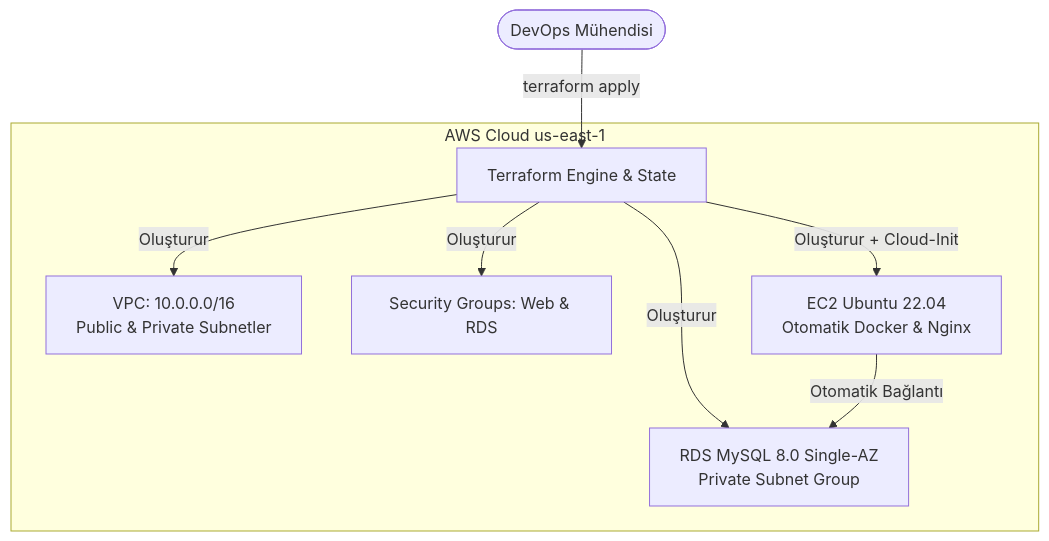
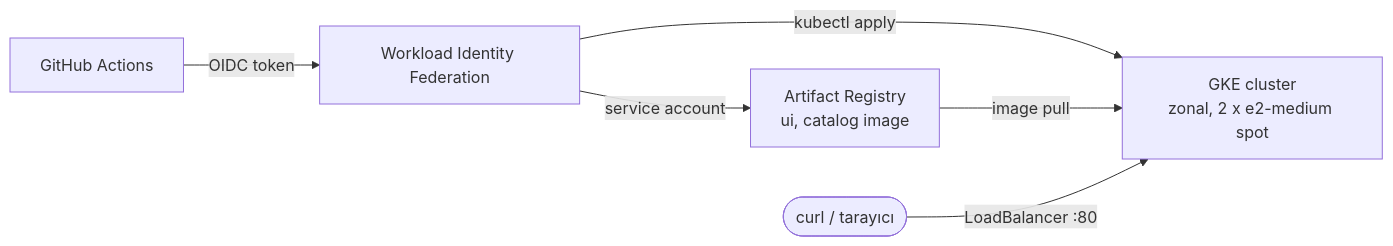
One commit to hakanbayraktar/novashop-lab changed the diagram in labs/LAB-12/README.md. Above: the diagram before and after it, drawn with Mermaid. The commit also changed other lines of this file and 2 other files, not shown here.

Commit message:
docs(lab-12): GKE + GitHub Actions README ve katalog satırları

````diff
--- a/labs/LAB-12/README.md
+++ b/labs/LAB-12/README.md
@@ -38,13 +11,8 @@
 ```mermaid
-graph TD
-    Engineer([DevOps Mühendisi]) -->|terraform apply| TF[Terraform Engine & State]
-
-    subgraph AWS Cloud us-east-1
-        TF -->|Oluşturur| VPC[VPC: 10.0.0.0/16<br/>Public & Private Subnetler]
-        TF -->|Oluşturur| SG[Security Groups: Web & RDS]
-        TF -->|Oluşturur + Cloud-Init| EC2[EC2 Ubuntu 22.04<br/>Otomatik Docker & Nginx]
-        TF -->|Oluşturur| RDS[RDS MySQL 8.0 Single-AZ<br/>Private Subnet Group]
-    end
-
-    EC2 -->|Otomatik Bağlantı| RDS
+graph LR
+    GH[GitHub Actions] -->|OIDC token| WIF[Workload Identity Federation]
+    WIF -->|service account| AR[Artifact Registry<br/>ui, catalog image]
+    WIF -->|kubectl apply| GKE[GKE cluster<br/>zonal, 2 x e2-medium spot]
+    AR -->|image pull| GKE
+    User([curl / tarayıcı]) -->|LoadBalancer :80| GKE
 ```
````
